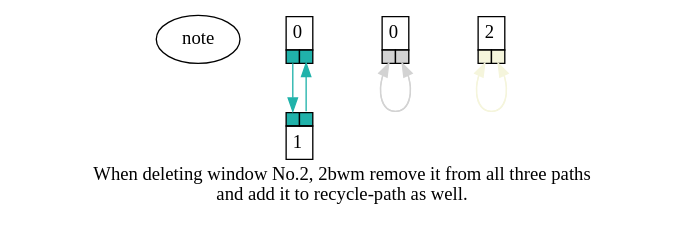
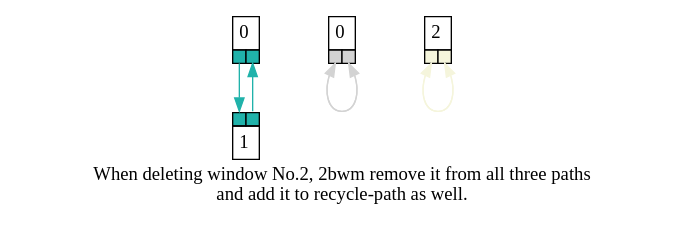
One commit to netcrop/2bwm changed the diagram in src/data2.gv. Above: the diagram before and after it, drawn with Graphviz. The commit also changed 1 other file, not shown here.

```diff
--- a/src/data2.gv
+++ b/src/data2.gv
@@ -1,54 +1,53 @@
 digraph ports {
-    { rank=same;note}
     { rank=same;n0;n3;n5}
     { rank=same;n1;}
     splines=polyline;
     n0 [shape=none,margin=0,label=<
     <table border="0" cellborder="1" cellspacing="0" cellpadding="4">
         <tr>
             <td colspan="2">0</td>
         </tr>
         <tr>
             <td port="1" bgcolor="lightseagreen"></td>
             <td port="2" bgcolor="lightseagreen"></td>
         </tr>
     </table>>];
     n1 [shape=none,margin=0,label=<
     <table border="0" cellborder="1" cellspacing="0" cellpadding="4">
         <tr>
             <td port="1" bgcolor="lightseagreen"></td>
             <td port="2" bgcolor="lightseagreen"></td>
         </tr>
         <tr>
             <td colspan="2">1</td>
         </tr>
     </table>>];
     n3 [shape=none,margin=0,label=<
     <table border="0" cellborder="1" cellspacing="0" cellpadding="4">
         <tr>
             <td colspan="2">0</td>
         </tr>
         <tr>
             <td port="1" bgcolor="lightgrey"></td>
             <td port="2" bgcolor="lightgrey"></td>
         </tr>
     </table>>];
     n5 [shape=none,margin=0,label=<
     <table border="0" cellborder="1" cellspacing="0" cellpadding="4">
         <tr>
             <td colspan="2">2</td>
         </tr>
         <tr>
             <td port="1" bgcolor="beige"></td>
             <td port="2" bgcolor="beige"></td>
         </tr>
     </table>>];
     n0:1 -> n1:1 [arrowhead=normal,color=lightseagreen;weight=10;];
     n1:2 -> n0:2 [arrowhead=normal,color=lightseagreen;weight=10];
     n3:1:s -> n3:2:s [arrowhead=normal,color=lightgrey;weight=10];
     n3:2:s -> n3:1:s [arrowhead=normal,color=lightgrey;weight=10];
     n5:1:s -> n5:2:s [arrowhead=normal,color=beige;weight=10];
     n5:2:s -> n5:1:s [arrowhead=normal,color=beige;weight=10];
 label = "When deleting window No.2, 2bwm remove it from all three paths
 and add it to recycle-path as well.";
 }
```
